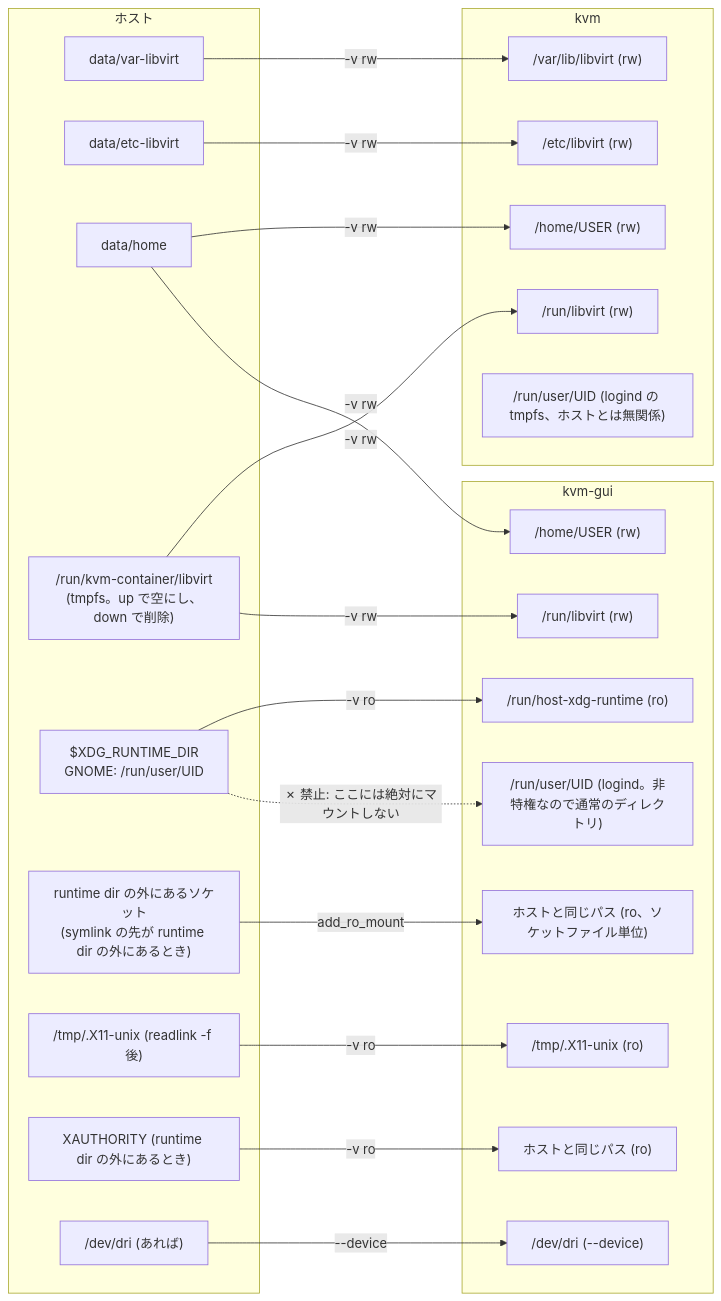
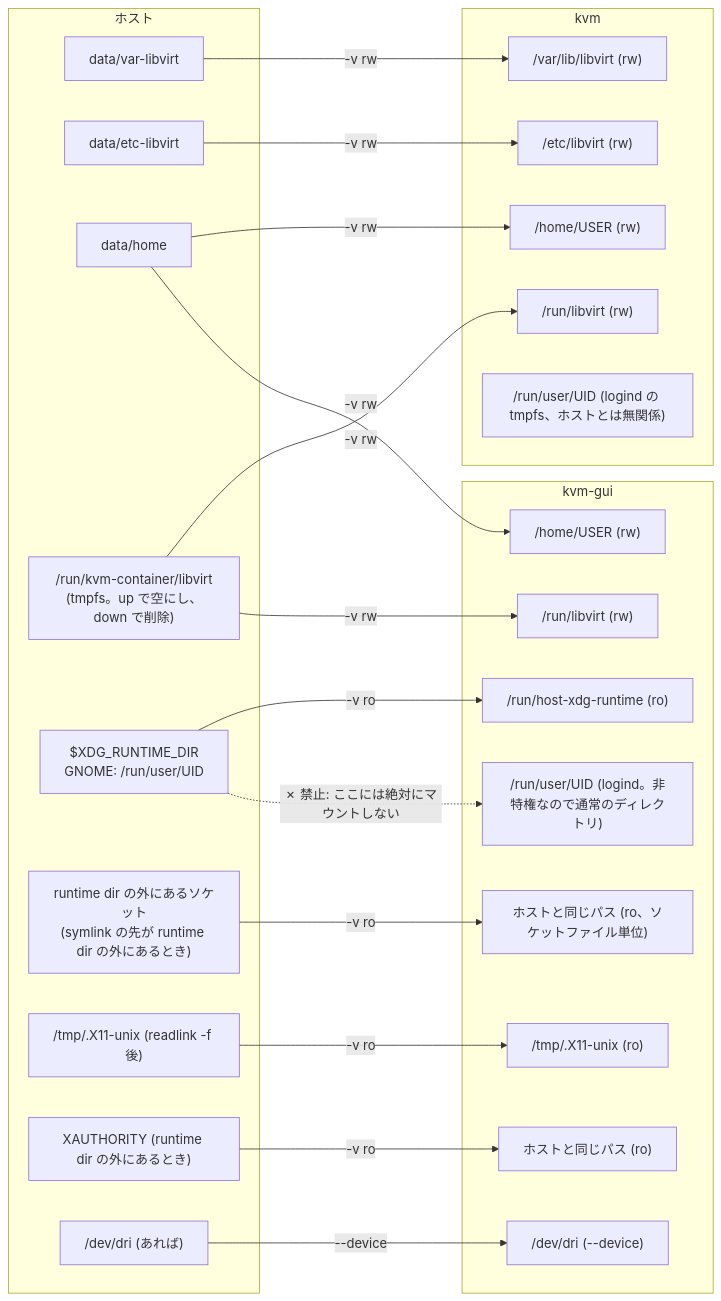
One commit to ryo-aoki-pc/kvm-container changed the ninth of 21 diagrams in docs/SPEC.md. Above: the diagram before and after it, drawn with Mermaid. The commit also changed other lines of this file and 7 other files, not shown here.

````diff
--- a/docs/SPEC.md
+++ b/docs/SPEC.md
@@ -473,43 +463,43 @@
 ```mermaid
 flowchart LR
   subgraph h ["ホスト"]
     d1["data/var-libvirt"]
     d2["data/etc-libvirt"]
     d3["data/home"]
     rl["/run/kvm-container/libvirt<br/>(tmpfs。up で空にし、down で削除)"]
     rt["$XDG_RUNTIME_DIR<br/>GNOME: /run/user/UID"]
     wlout["runtime dir の外にあるソケット<br/>(symlink の先が runtime dir の外にあるとき)"]
     x11["/tmp/.X11-unix (readlink -f 後)"]
     xauth["XAUTHORITY (runtime dir の外にあるとき)"]
     dri["/dev/dri (あれば)"]
   end
   subgraph k ["kvm"]
     k1["/var/lib/libvirt (rw)"]
     k2["/etc/libvirt (rw)"]
     k3["/home/USER (rw)"]
     k4["/run/libvirt (rw)"]
     ku["/run/user/UID (logind の tmpfs、ホストとは無関係)"]
   end
   subgraph g ["kvm-gui"]
     g3["/home/USER (rw)"]
     g4["/run/libvirt (rw)"]
     crt["/run/host-xdg-runtime (ro)"]
     cwl["ホストと同じパス (ro、ソケットファイル単位)"]
     cx11["/tmp/.X11-unix (ro)"]
     cxa["ホストと同じパス (ro)"]
     cdri["/dev/dri (--device)"]
     gu["/run/user/UID (logind。非特権なので通常のディレクトリ)"]
   end
   d1 -->|"-v rw"| k1
   d2 -->|"-v rw"| k2
   d3 -->|"-v rw"| k3
   d3 -->|"-v rw"| g3
   rl -->|"-v rw"| k4
   rl -->|"-v rw"| g4
   rt -->|"-v ro"| crt
-  wlout -->|"add_ro_mount"| cwl
+  wlout -->|"-v ro"| cwl
   x11 -->|"-v ro"| cx11
   xauth -->|"-v ro"| cxa
   dri -->|"--device"| cdri
   rt -.->|"✗ 禁止: ここには絶対にマウントしない"| gu
 ```
````
